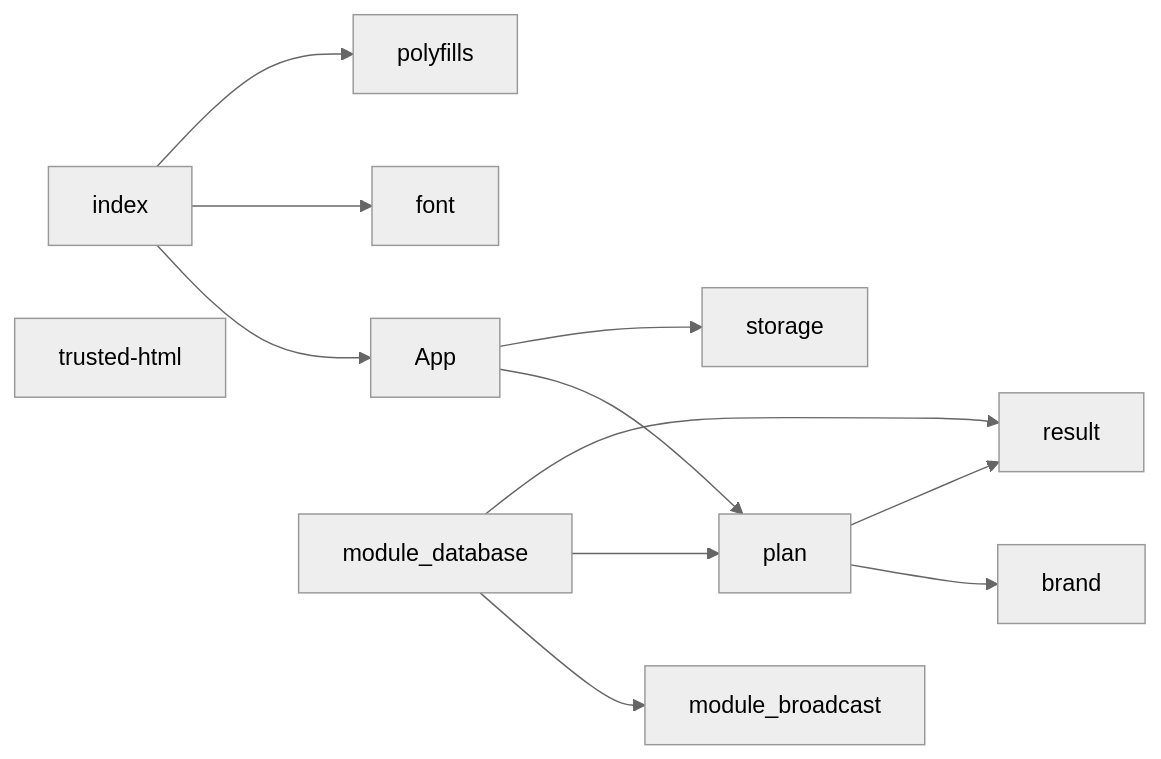
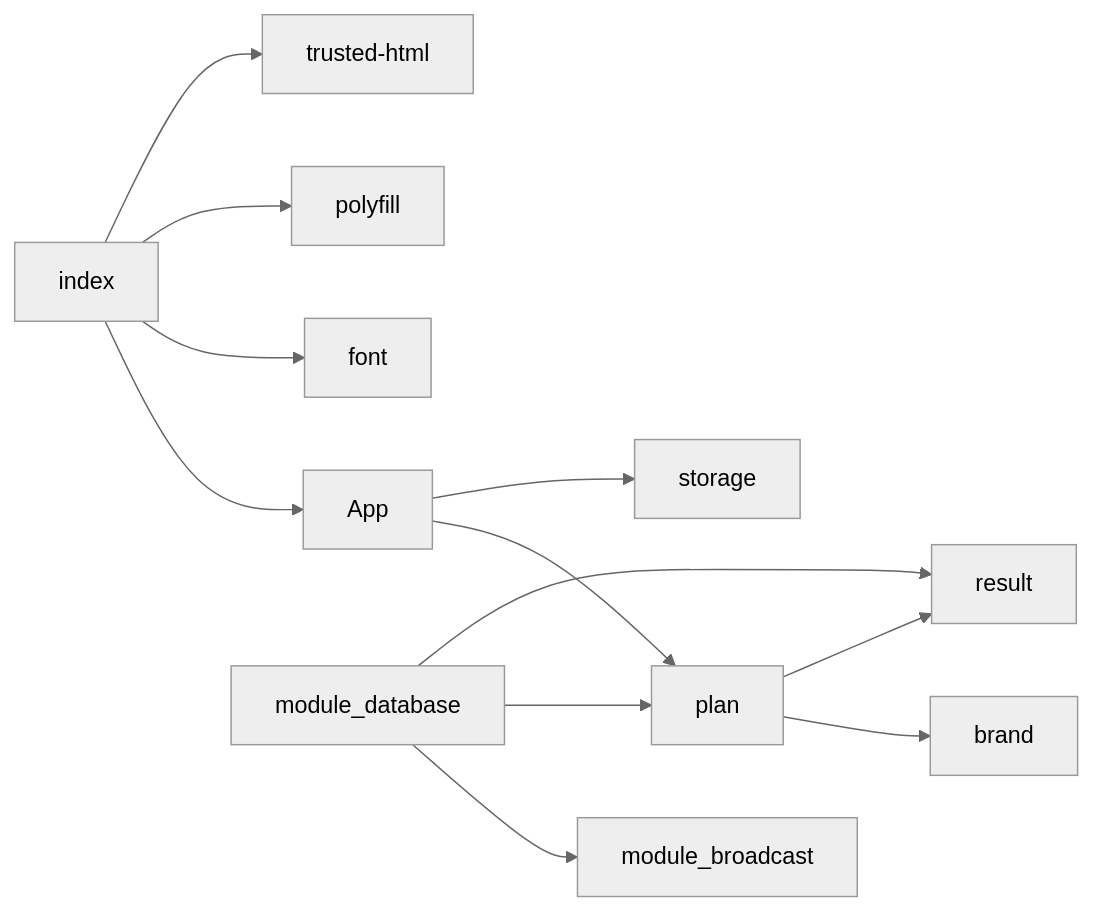
One commit to SantaClaas/week-budget-planner changed the diagram in docs/MODULES.md. Above: the diagram before and after it, drawn with Mermaid (neutral theme). The commit also changed 45 other files, not shown here.

````diff
--- a/docs/MODULES.md
+++ b/docs/MODULES.md
@@ -9,22 +9,23 @@
 ```mermaid
 flowchart LR
   module_App["App"]
   module_brand["brand"]
   module_font["font"]
   module_index["index"]
   module_plan["plan"]
-  module_polyfills["polyfills"]
+  module_polyfill["polyfill"]
   module_result["result"]
   module_storage["storage"]
   module_trusted_html["trusted-html"]
   module_App --> module_plan
   module_App --> module_storage
   module_database --> module_broadcast
   module_database --> module_plan
   module_database --> module_result
   module_index --> module_App
   module_index --> module_font
-  module_index --> module_polyfills
+  module_index --> module_polyfill
+  module_index --> module_trusted_html
   module_plan --> module_brand
   module_plan --> module_result
 ```
````
